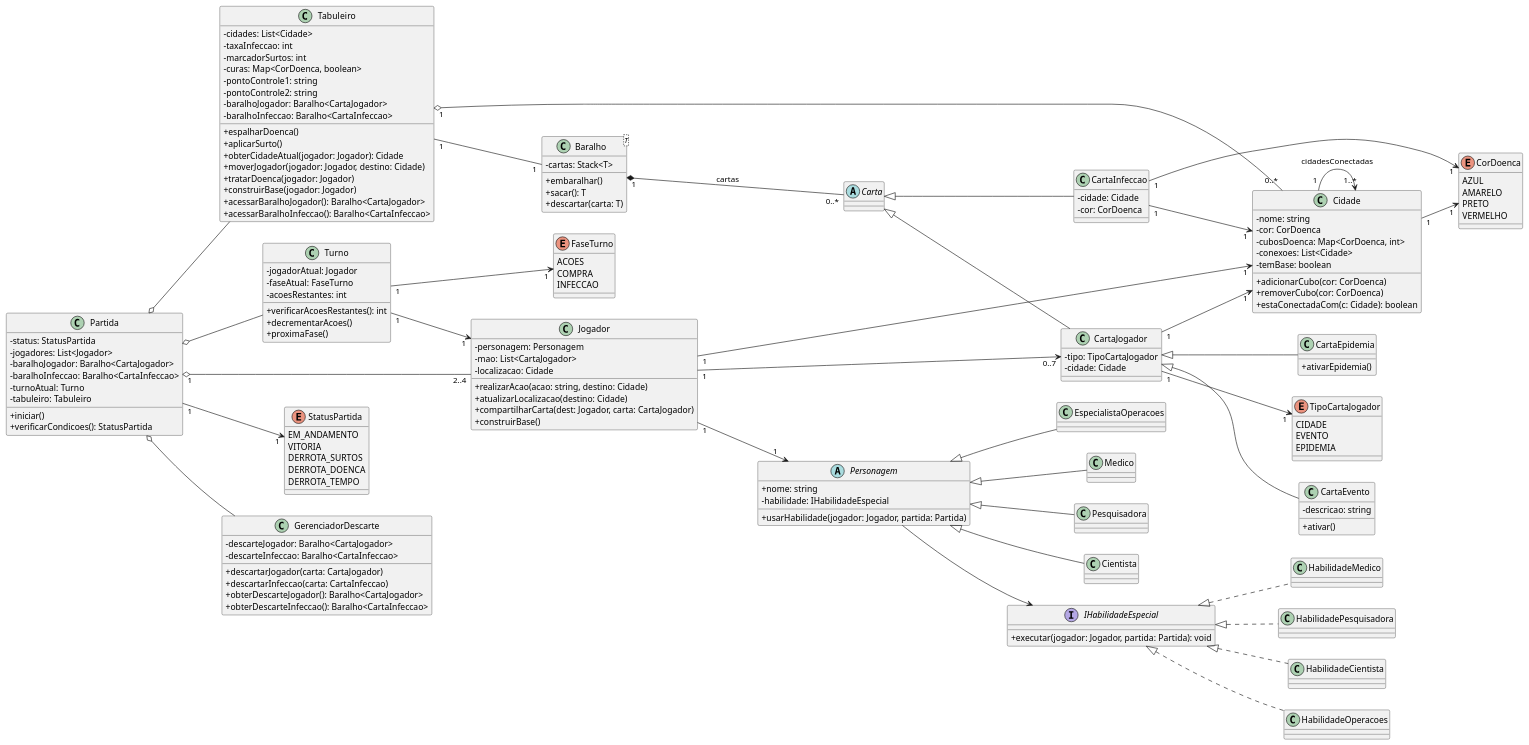
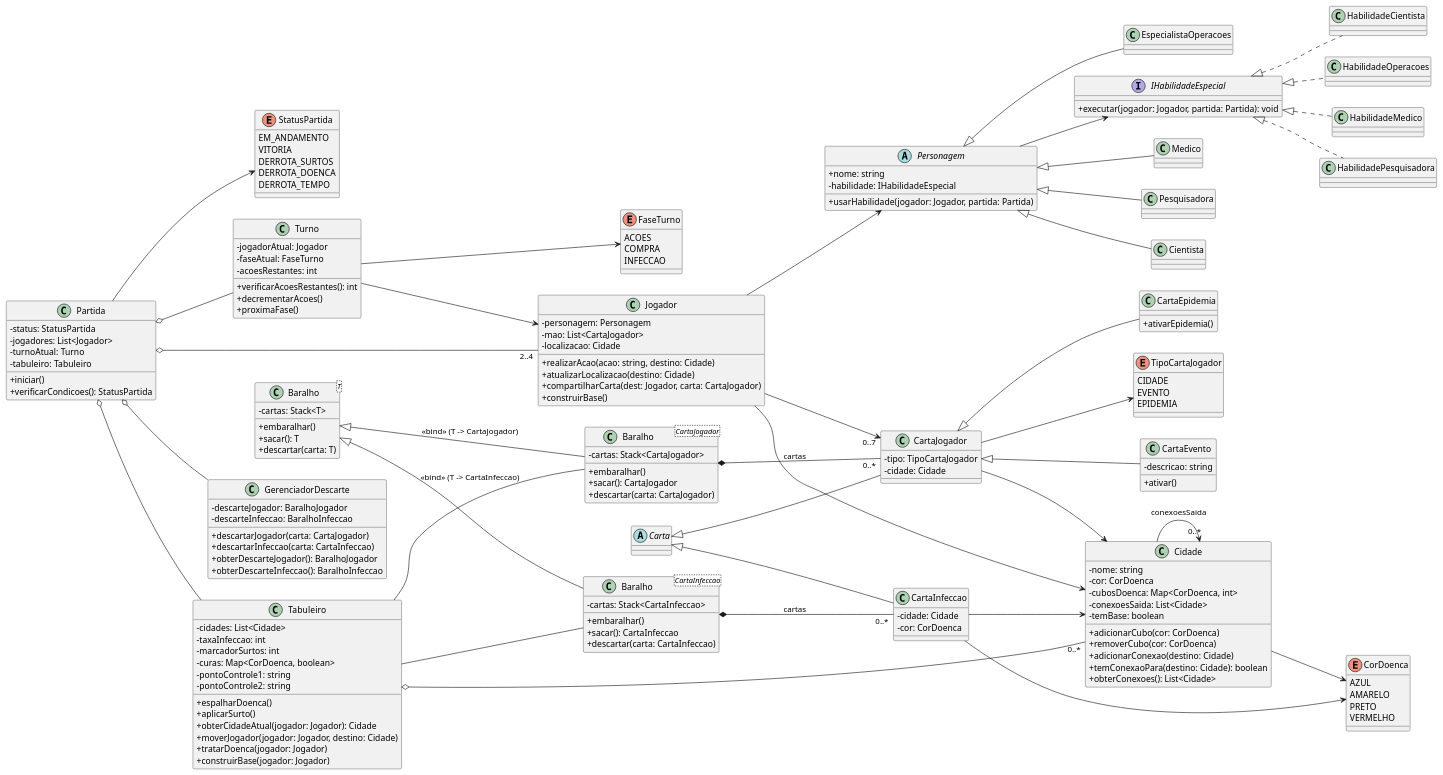
One commit to lionezajoao/trabalho-ps changed the diagram in docs/diagram/class/pandemic_class_diagram.wsd. Above: the diagram before and after it, drawn with PlantUML. The commit also changed other lines of this file and 2 other files, not shown here.

Commit message:
Updated class diagram and removed /dist directory
This update fixes relations and removes unecessary notations
in the class diagram. Also removes /dist directory

```diff
--- a/docs/diagram/class/pandemic_class_diagram.wsd
+++ b/docs/diagram/class/pandemic_class_diagram.wsd
@@ -49,8 +49,6 @@
 class Partida {
   - status: StatusPartida
   - jogadores: List<Jogador>
-  - baralhoJogador: Baralho<CartaJogador>
-  - baralhoInfeccao: Baralho<CartaInfeccao>
   - turnoAtual: Turno
   - tabuleiro: Tabuleiro
   + iniciar()
@@ -73,27 +71,25 @@
   - curas: Map<CorDoenca, boolean>
   - pontoControle1: string
   - pontoControle2: string
-  - baralhoJogador: Baralho<CartaJogador>
-  - baralhoInfeccao: Baralho<CartaInfeccao>
   + espalharDoenca()
   + aplicarSurto()
   + obterCidadeAtual(jogador: Jogador): Cidade
   + moverJogador(jogador: Jogador, destino: Cidade)
   + tratarDoenca(jogador: Jogador)
   + construirBase(jogador: Jogador)
-  + acessarBaralhoJogador(): Baralho<CartaJogador>
-  + acessarBaralhoInfeccao(): Baralho<CartaInfeccao>
 }
 
 class Cidade {
   - nome: string
   - cor: CorDoenca
   - cubosDoenca: Map<CorDoenca, int>
-  - conexoes: List<Cidade>
+  - conexoesSaida: List<Cidade>
   - temBase: boolean
   + adicionarCubo(cor: CorDoenca)
   + removerCubo(cor: CorDoenca)
-  + estaConectadaCom(c: Cidade): boolean
+  + adicionarConexao(destino: Cidade)
+  + temConexaoPara(destino: Cidade): boolean
+  + obterConexoes(): List<Cidade>
 }
 
 ' JOGADOR E PERSONAGEM UTILIZANDO STRATEGY
@@ -152,48 +148,72 @@
 CartaJogador <|-- CartaEvento
 CartaJogador <|-- CartaEpidemia
 
-class Baralho<T> {
+' BARALHO GENÉRICO COM BIND
+class "Baralho<T>" as BaralhoGenerico {
   - cartas: Stack<T>
   + embaralhar()
   + sacar(): T
   + descartar(carta: T)
 }
 
+' CLASSES BOUND COM TIPOS ESPECÍFICOS
+class "Baralho<CartaJogador>" as BaralhoJogador {
+  - cartas: Stack<CartaJogador>
+  + embaralhar()
+  + sacar(): CartaJogador
+  + descartar(carta: CartaJogador)
+}
+
+class "Baralho<CartaInfeccao>" as BaralhoInfeccao {
+  - cartas: Stack<CartaInfeccao>
+  + embaralhar()
+  + sacar(): CartaInfeccao
+  + descartar(carta: CartaInfeccao)
+}
+
+' BIND RELATIONSHIPS
+BaralhoGenerico <|-- BaralhoJogador : <<bind>> (T -> CartaJogador)
+BaralhoGenerico <|-- BaralhoInfeccao : <<bind>> (T -> CartaInfeccao)
+
 class GerenciadorDescarte {
-  - descarteJogador: Baralho<CartaJogador>
-  - descarteInfeccao: Baralho<CartaInfeccao>
+  - descarteJogador: BaralhoJogador
+  - descarteInfeccao: BaralhoInfeccao
   + descartarJogador(carta: CartaJogador)
   + descartarInfeccao(carta: CartaInfeccao)
-  + obterDescarteJogador(): Baralho<CartaJogador>
-  + obterDescarteInfeccao(): Baralho<CartaInfeccao>
+  + obterDescarteJogador(): BaralhoJogador
+  + obterDescarteInfeccao(): BaralhoInfeccao
 }
 
 ' RELAÇÕES COM CARDINALIDADES UML PADRÃO
-Partida  o-- Tabuleiro
-Partida "1" o-- "2..4" Jogador
-Partida  o--  Turno
-Partida "1" --> "1" StatusPartida
-Partida  o--  GerenciadorDescarte
+Partida o-- Tabuleiro
+Partida o-- "2..4" Jogador
+Partida o-- Turno
+Partida --> StatusPartida
+Partida o-- GerenciadorDescarte
 
-Turno "1" --> "1" Jogador
-Turno "1" --> "1" FaseTurno
+Turno --> Jogador
+Turno --> FaseTurno
 
-Tabuleiro "1" o-- "0..*" Cidade
-Cidade "1" --> "1..*" Cidade : cidadesConectadas
+Tabuleiro o-- "0..*" Cidade
+Tabuleiro -- BaralhoJogador
+Tabuleiro -- BaralhoInfeccao
 
-Cidade "1" --> "1" CorDoenca
+' CONEXÕES ASSIMÉTRICAS ENTRE CIDADES (GRAFO DIRECIONADO)
+Cidade --> "0..*" Cidade : conexoesSaida
 
-Jogador "1" --> "1" Personagem
-Jogador "1" --> "1" Cidade
-Jogador "1" --> "0..7" CartaJogador
+Cidade --> CorDoenca
 
-CartaInfeccao "1" --> "1" Cidade
-CartaInfeccao "1" --> "1" CorDoenca
+Jogador --> Personagem
+Jogador --> Cidade
+Jogador --> "0..7" CartaJogador
 
-CartaJogador "1" --> "1" Cidade
-CartaJogador "1" --> "1" TipoCartaJogador
+CartaInfeccao --> Cidade
+CartaInfeccao --> CorDoenca
 
-Tabuleiro "1" -- "1" Baralho
+CartaJogador --> Cidade
+CartaJogador --> TipoCartaJogador
 
-Baralho "1" *-- "0..*" Carta : cartas
+BaralhoJogador *-- "0..*" CartaJogador : cartas
+BaralhoInfeccao *-- "0..*" CartaInfeccao : cartas
+
 @enduml
```
